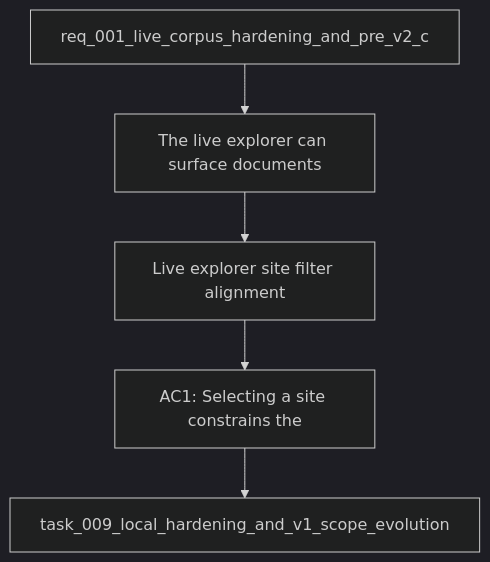
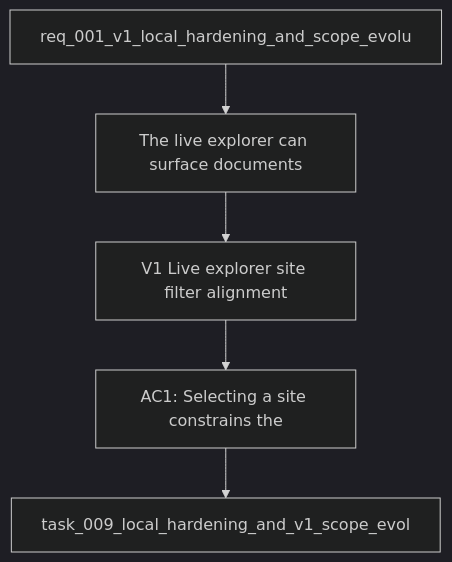
One commit to AlexAgo83/deepvault changed the diagram in logics/backlog/item_015_v1_live_explorer_site_filter_alignment.md. Above: the diagram before and after it, drawn with Mermaid (dark theme). The commit also changed 28 other files, not shown here.

````diff
--- a/logics/backlog/item_015_v1_live_explorer_site_filter_alignment.md
+++ b/logics/backlog/item_015_v1_live_explorer_site_filter_alignment.md
@@ -21,9 +21,9 @@
 ```mermaid
 %% logics-kind: backlog
 %% logics-signature: backlog|v1-live-explorer-site-filter-alignment|req-001-v1-local-hardening-and-scope-evo|the-live-explorer-can-surface-documents|ac1-selecting-a-site-constrains-the
 flowchart TD
-    Request[req_001_live_corpus_hardening_and_pre_v2_c] --> Problem[The live explorer can surface documents]
-    Problem --> Scope[Live explorer site filter alignment]
+    Request[req_001_v1_local_hardening_and_scope_evolu] --> Problem[The live explorer can surface documents]
+    Problem --> Scope[V1 Live explorer site filter alignment]
     Scope --> Acceptance[AC1: Selecting a site constrains the]
-    Acceptance --> Tasks[task_009_local_hardening_and_v1_scope_evolution]
+    Acceptance --> Tasks[task_009_local_hardening_and_v1_scope_evol]
 ```
````
